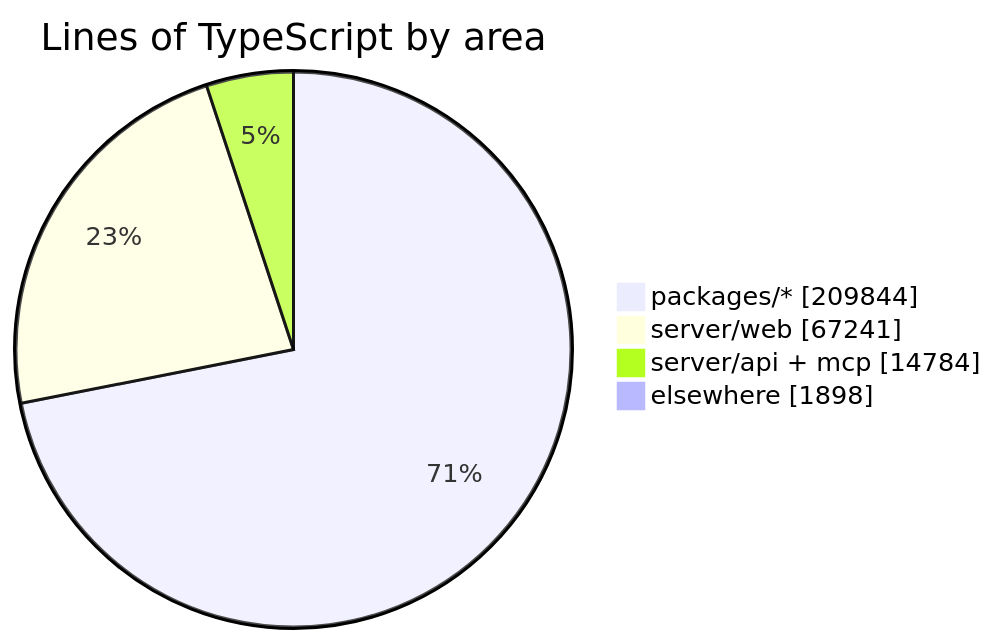
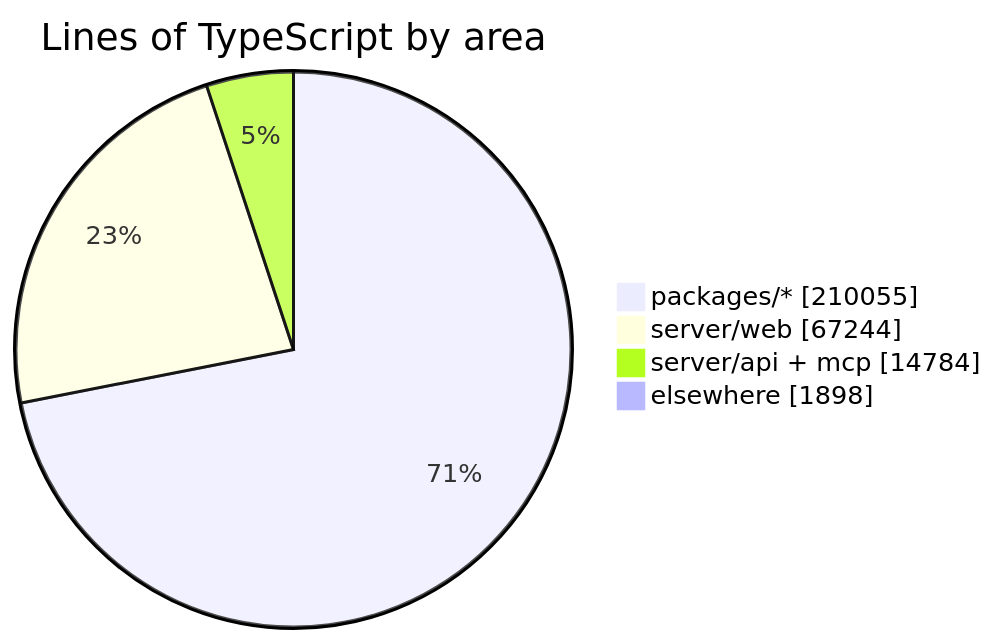
One commit to crossworks-engineering/mantle changed the diagram in README.md. Above: the diagram before and after it, drawn with Mermaid. The commit also changed other lines of this file and 2 other files, not shown here.

````diff
--- a/README.md
+++ b/README.md
@@ -287,7 +287,7 @@
 ```mermaid
 pie showData title Lines of TypeScript by area
-    "packages/*" : 209844
-    "server/web" : 67241
+    "packages/*" : 210055
+    "server/web" : 67244
     "server/api + mcp" : 14784
     "elsewhere" : 1898
 ```
````
